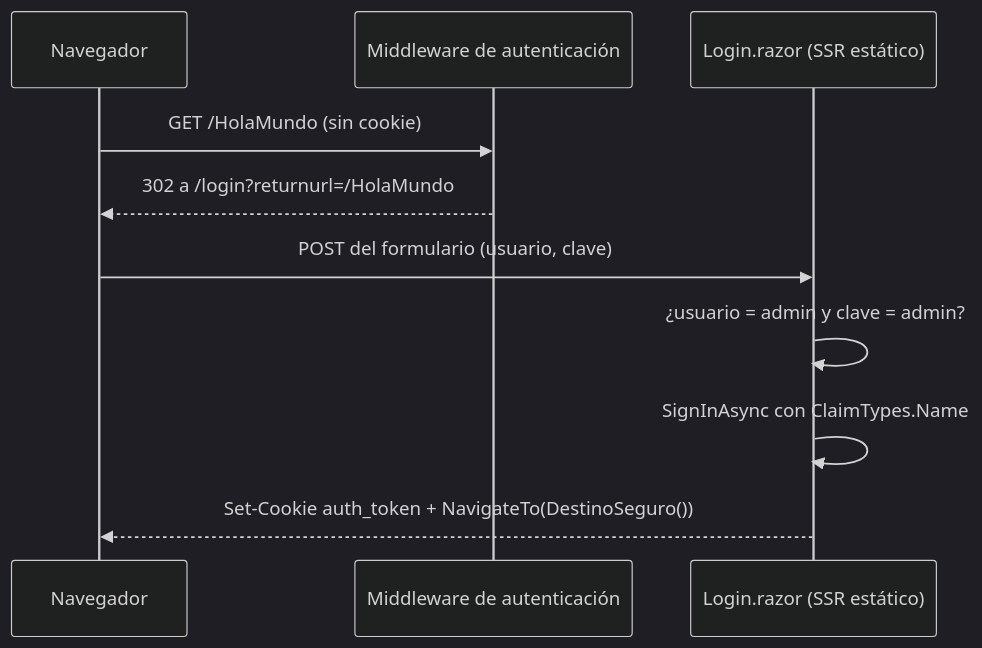
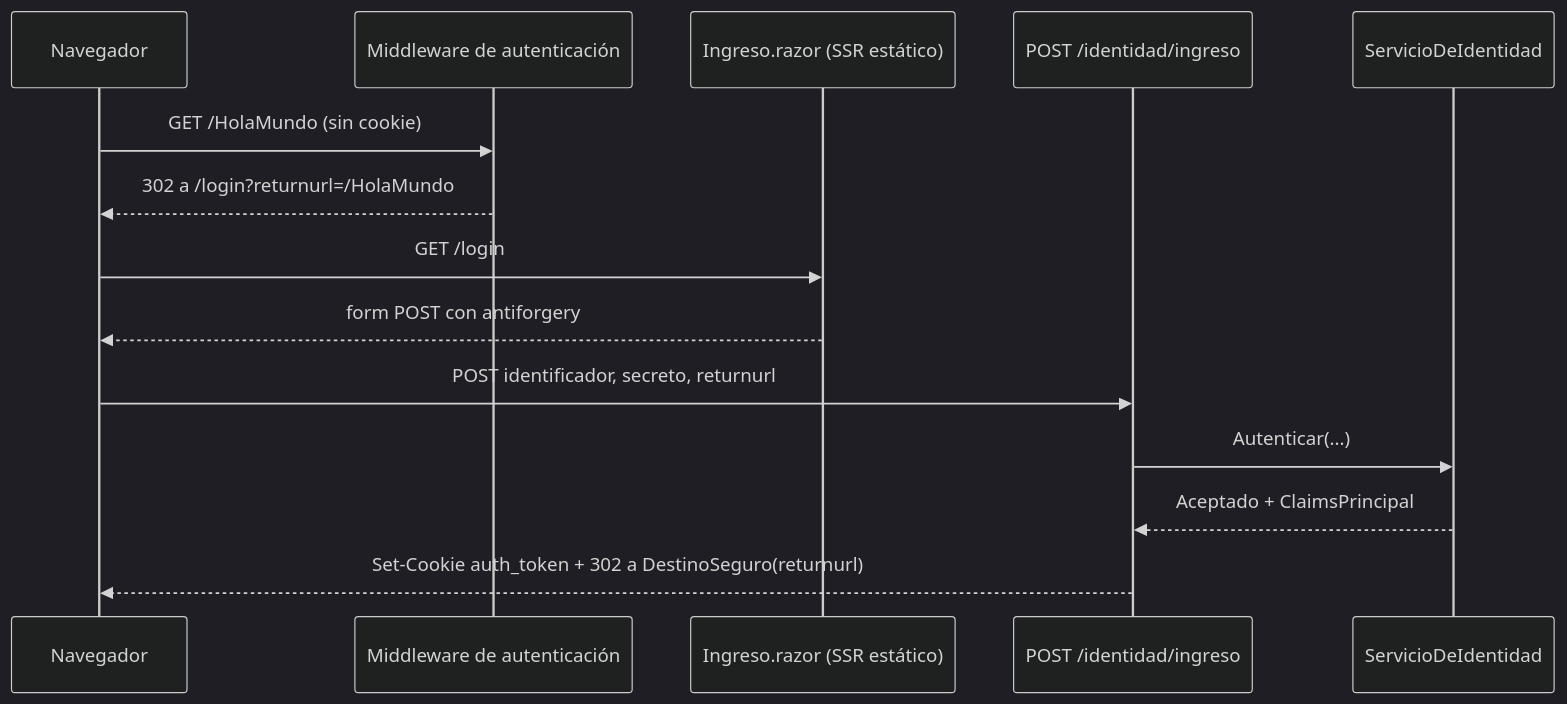
One commit to hdcm-dev/Lab-E2E.WebBlazor.Documentacion changed the diagram in ia-db/Base/indexes/02_Autenticacion.md. Above: the diagram before and after it, drawn with Mermaid (dark theme). The commit also changed other lines of this file and 13 other files, not shown here.

````diff
--- a/ia-db/Base/indexes/02_Autenticacion.md
+++ b/ia-db/Base/indexes/02_Autenticacion.md
@@ -45,13 +102,17 @@
 ```mermaid
 sequenceDiagram
     participant N as Navegador
     participant M as Middleware de autenticación
-    participant L as Login.razor (SSR estático)
+    participant I as Ingreso.razor (SSR estático)
+    participant E as POST /identidad/ingreso
+    participant S as ServicioDeIdentidad
 
     N->>M: GET /HolaMundo (sin cookie)
     M-->>N: 302 a /login?returnurl=/HolaMundo
-    N->>L: POST del formulario (usuario, clave)
-    L->>L: ¿usuario = admin y clave = admin?
-    L->>L: SignInAsync con ClaimTypes.Name
-    L-->>N: Set-Cookie auth_token + NavigateTo(DestinoSeguro())
+    N->>I: GET /login
+    I-->>N: form POST con antiforgery
+    N->>E: POST identificador, secreto, returnurl
+    E->>S: Autenticar(...)
+    S-->>E: Aceptado + ClaimsPrincipal
+    E-->>N: Set-Cookie auth_token + 302 a DestinoSeguro(returnurl)
 ```
````
